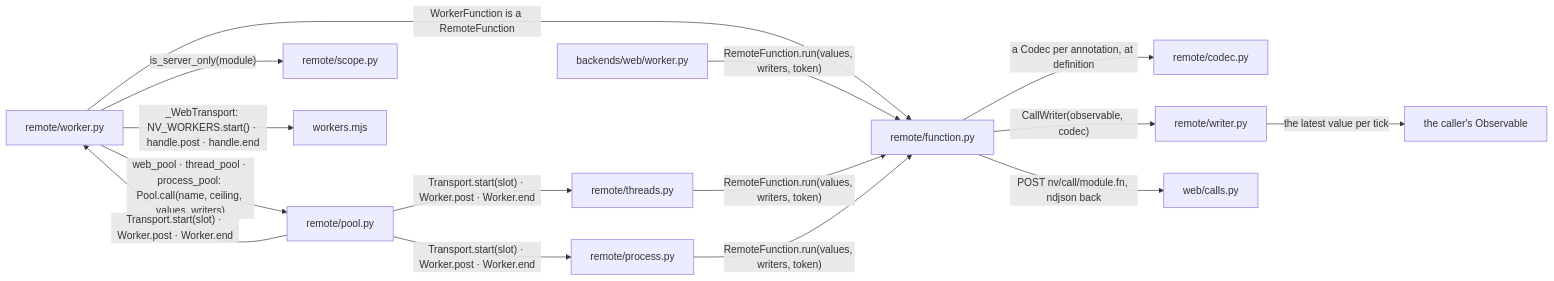
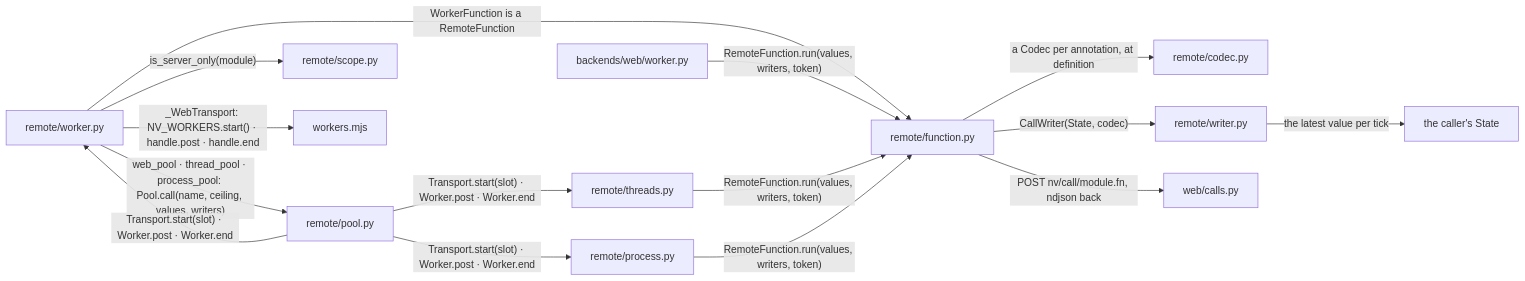
The seventh of 11 diagrams in docs/design/WEB_TARGET.md (yuksblog/nuiitivet), drawn with Mermaid before and after one commit. The commit also changed other lines of this file and 77 other files, not shown here.

````diff
--- a/docs/design/WEB_TARGET.md
+++ b/docs/design/WEB_TARGET.md
@@ -286,27 +286,27 @@
 ```mermaid
 flowchart LR
     function[remote/function.py]
     worker[remote/worker.py]
     codec[remote/codec.py]
     writer[remote/writer.py]
     pool[remote/pool.py]
     threads[remote/threads.py]
     process[remote/process.py]
     side[backends/web/worker.py]
     scope[remote/scope.py]
     calls[web/calls.py]
     workersjs[workers.mjs]
-    observable[the caller's Observable]
+    observable[the caller's State]
 
     worker -- "WorkerFunction is a RemoteFunction" --> function
     function -- "a Codec per annotation, at definition" --> codec
-    function -- "CallWriter(observable, codec)" --> writer
+    function -- "CallWriter(State, codec)" --> writer
     writer -- "the latest value per tick" --> observable
     worker -- "web_pool · thread_pool · process_pool: Pool.call(name, ceiling, values, writers)" --> pool
     pool -- "Transport.start(slot) · Worker.post · Worker.end" --> threads & process & worker
     worker -- "_WebTransport: NV_WORKERS.start() · handle.post · handle.end" --> workersjs
     side -- "RemoteFunction.run(values, writers, token)" --> function
     threads & process -- "RemoteFunction.run(values, writers, token)" --> function
     function -- "POST nv/call/module.fn, ndjson back" --> calls
     worker -- "is_server_only(module)" --> scope
 ```
````
